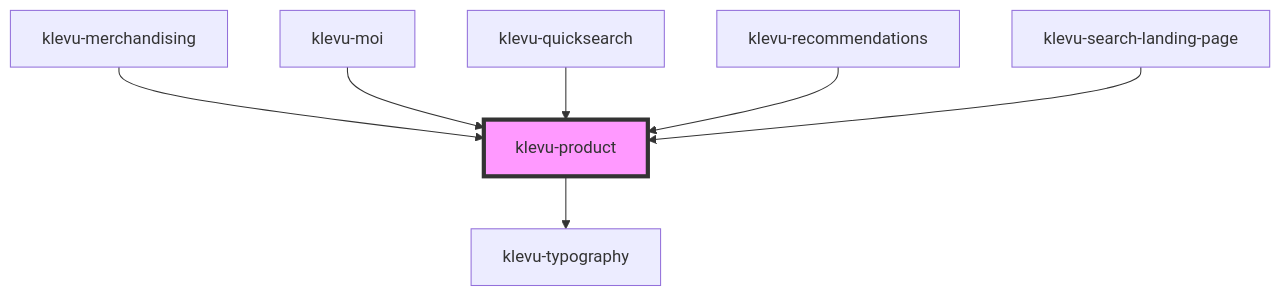
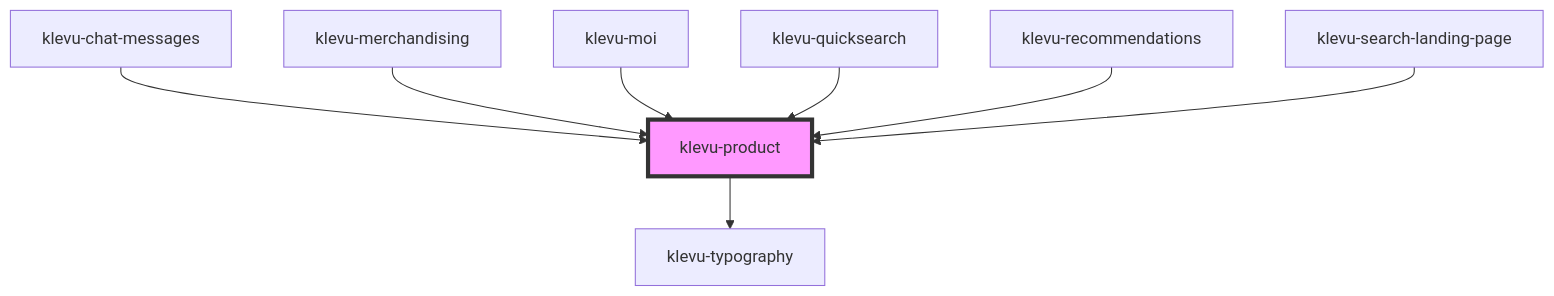
One commit to klevultd/frontend-sdk changed the diagram in packages/klevu-ui/src/components/klevu-product/readme.md. Above: the diagram before and after it, drawn with Mermaid. The commit also changed other lines of this file and 21 other files, not shown here.

````diff
--- a/packages/klevu-ui/src/components/klevu-product/readme.md
+++ b/packages/klevu-ui/src/components/klevu-product/readme.md
@@ -72,10 +73,11 @@
 ```mermaid
 graph TD;
   klevu-product --> klevu-typography
+  klevu-chat-messages --> klevu-product
   klevu-merchandising --> klevu-product
   klevu-moi --> klevu-product
   klevu-quicksearch --> klevu-product
   klevu-recommendations --> klevu-product
   klevu-search-landing-page --> klevu-product
   style klevu-product fill:#f9f,stroke:#333,stroke-width:4px
 ```
````
